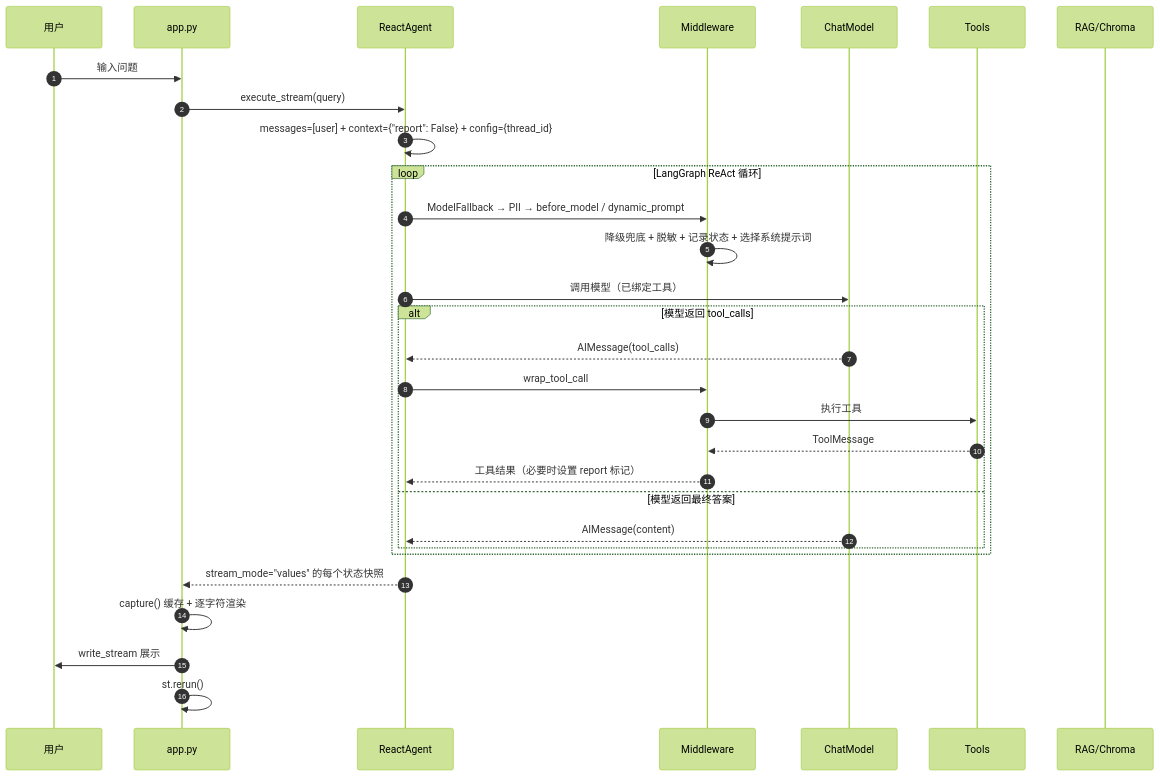
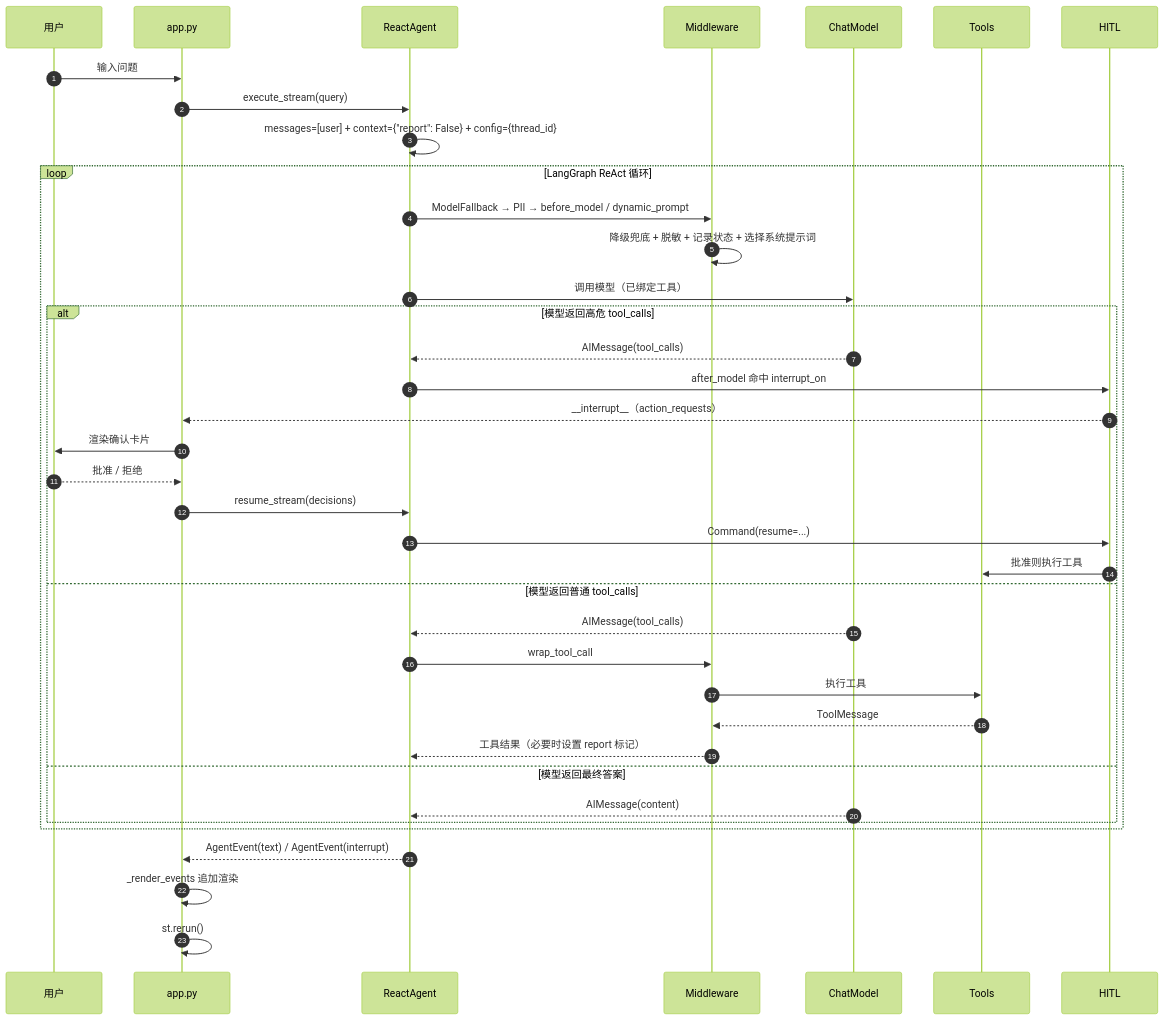
Before and after one commit to AX3031/Hybrid_Agent01: the third of 4 diagrams in docs/ARCHITECTURE.md, drawn with Mermaid (forest theme). The commit also changed other lines of this file and 36 other files, not shown here.

````diff
--- a/docs/ARCHITECTURE.md
+++ b/docs/ARCHITECTURE.md
@@ -333,33 +309,41 @@
 ```mermaid
 sequenceDiagram
     autonumber
     participant U as 用户
     participant UI as app.py
     participant RA as ReactAgent
     participant MW as Middleware
     participant M as ChatModel
     participant T as Tools
-    participant R as RAG/Chroma
+    participant H as HITL
 
     U->>UI: 输入问题
     UI->>RA: execute_stream(query)
     RA->>RA: messages=[user] + context={"report": False} + config={thread_id}
     loop LangGraph ReAct 循环
         RA->>MW: ModelFallback → PII → before_model / dynamic_prompt
         MW->>MW: 降级兜底 + 脱敏 + 记录状态 + 选择系统提示词
         RA->>M: 调用模型（已绑定工具）
-        alt 模型返回 tool_calls
+        alt 模型返回高危 tool_calls
+            M-->>RA: AIMessage(tool_calls)
+            RA->>H: after_model 命中 interrupt_on
+            H-->>UI: __interrupt__（action_requests）
+            UI->>U: 渲染确认卡片
+            U-->>UI: 批准 / 拒绝
+            UI->>RA: resume_stream(decisions)
+            RA->>H: Command(resume=...)
+            H->>T: 批准则执行工具
+        else 模型返回普通 tool_calls
             M-->>RA: AIMessage(tool_calls)
             RA->>MW: wrap_tool_call
             MW->>T: 执行工具
             T-->>MW: ToolMessage
             MW-->>RA: 工具结果（必要时设置 report 标记）
         else 模型返回最终答案
             M-->>RA: AIMessage(content)
         end
     end
-    RA-->>UI: stream_mode="values" 的每个状态快照
-    UI->>UI: capture() 缓存 + 逐字符渲染
-    UI->>U: write_stream 展示
+    RA-->>UI: AgentEvent(text) / AgentEvent(interrupt)
+    UI->>UI: _render_events 追加渲染
     UI->>UI: st.rerun()
 ```
````
